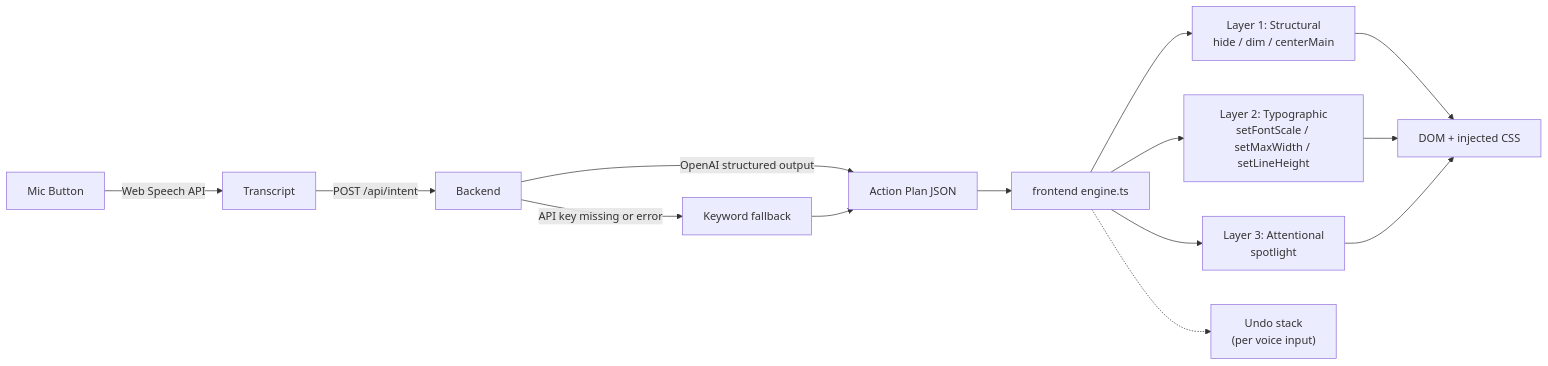
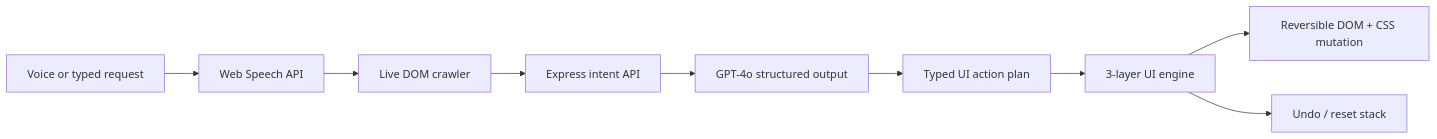
One commit to Qual207/Percept changed the diagram in README.md. Above: the diagram before and after it, drawn with Mermaid. The commit also changed other lines of this file, not shown here.

````diff
--- a/README.md
+++ b/README.md
@@ -107,16 +69,11 @@
 ```mermaid
 flowchart LR
-  Mic[Mic Button] -->|Web Speech API| Transcript
-  Transcript -->|POST /api/intent| Backend
-  Backend -->|OpenAI structured output| Plan["Action Plan JSON"]
-  Backend -->|API key missing or error| Fallback["Keyword fallback"]
-  Fallback --> Plan
-  Plan --> Engine["frontend engine.ts"]
-  Engine --> Structural["Layer 1: Structural<br/>hide / dim / centerMain"]
-  Engine --> Typographic["Layer 2: Typographic<br/>setFontScale / setMaxWidth / setLineHeight"]
-  Engine --> Attentional["Layer 3: Attentional<br/>spotlight"]
-  Structural --> DOM[DOM + injected CSS]
-  Typographic --> DOM
-  Attentional --> DOM
-  Engine -.-> History["Undo stack<br/>(per voice input)"]
+  User[Voice or typed request] --> Speech[Web Speech API]
+  Speech --> Crawler[Live DOM crawler]
+  Crawler --> Backend[Express intent API]
+  Backend --> OpenAI[GPT-4o structured output]
+  OpenAI --> Plan[Typed UI action plan]
+  Plan --> Engine[3-layer UI engine]
+  Engine --> DOM[Reversible DOM + CSS mutation]
+  Engine --> Undo[Undo / reset stack]
 ```
````
